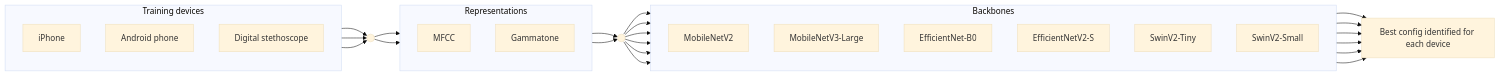
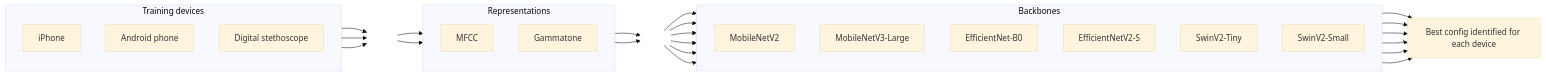
The first of 3 diagrams in README.md (anywheredoor/phonocardiogram-lvef-deeplearning), drawn with Mermaid (base theme) before and after one commit. The commit also changed other lines of this file, not shown here.

Commit message:
Refine README workflow diagrams

````diff
--- a/README.md
+++ b/README.md
@@ -104,44 +104,45 @@
 ```mermaid
 flowchart LR
     subgraph WD["Training devices"]
         direction TB
         WD1["iPhone"]
         WD2["Android phone"]
         WD3["Digital stethoscope"]
     end
     subgraph WR["Representations"]
         direction TB
         WR1["MFCC"]
         WR2["Gammatone"]
     end
     subgraph WB["Backbones"]
         direction TB
         WB1["MobileNetV2"]
         WB2["MobileNetV3-Large"]
         WB3["EfficientNet-B0"]
         WB4["EfficientNetV2-S"]
         WB5["SwinV2-Tiny"]
         WB6["SwinV2-Small"]
     end
-    J1(( ))
-    J2(( ))
+    classDef hidden fill:none,stroke:none,color:none;
+    J1[" "]:::hidden
+    J2[" "]:::hidden
     WD1 --> J1
     WD2 --> J1
     WD3 --> J1
     J1 --> WR1
     J1 --> WR2
     WR1 --> J2
     WR2 --> J2
     J2 --> WB1
     J2 --> WB2
     J2 --> WB3
     J2 --> WB4
     J2 --> WB5
     J2 --> WB6
     WB1 --> S["Best config identified for each device"]
     WB2 --> S
     WB3 --> S
     WB4 --> S
     WB5 --> S
     WB6 --> S
 ```
````
